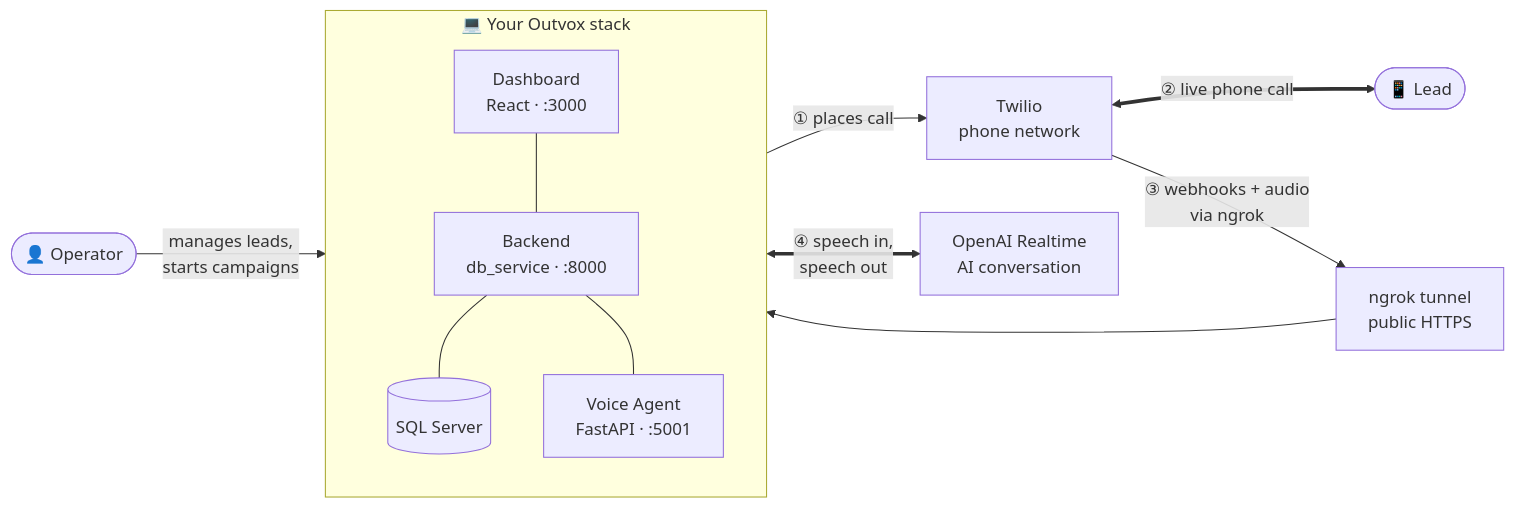
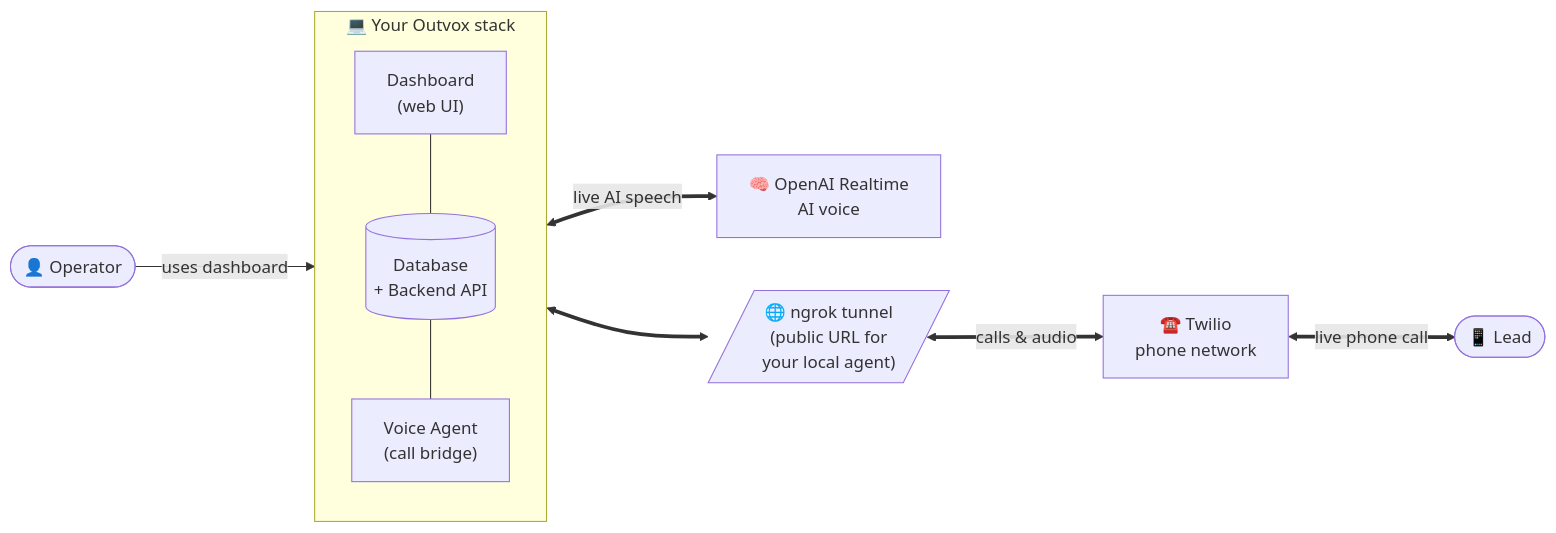
The diagram in README.md (bittoby/Outvox), drawn with Mermaid before and after one commit. The commit also changed other lines of this file, not shown here.

````diff
--- a/README.md
+++ b/README.md
@@ -76,27 +76,24 @@
 ```mermaid
 flowchart LR
     Operator(["👤 Operator"])
     Lead(["📱 Lead"])
 
     subgraph stack["💻 Your Outvox stack"]
         direction TB
-        FE["Dashboard<br/>React · :3000"]
-        DB["Backend<br/>db_service · :8000"]
-        Agent["Voice Agent<br/>FastAPI · :5001"]
-        SQL[("SQL Server")]
+        FE["Dashboard<br/>(web UI)"]
+        DB[("Database<br/>+ Backend API")]
+        Agent["Voice Agent<br/>(call bridge)"]
         FE --- DB
-        DB --- SQL
         DB --- Agent
     end
 
-    Twilio["Twilio<br/>phone network"]
-    OpenAI["OpenAI Realtime<br/>AI conversation"]
-    Ngrok["ngrok tunnel<br/>public HTTPS"]
+    Twilio["☎️ Twilio<br/>phone network"]
+    OpenAI["🧠 OpenAI Realtime<br/>AI voice"]
+    Ngrok[/"🌐 ngrok tunnel<br/>(public URL for<br/>your local agent)"/]
 
-    Operator -->|manages leads,<br/>starts campaigns| FE
-    Agent -->|① places call| Twilio
-    Twilio <==>|② live phone call| Lead
-    Twilio -->|③ webhooks + audio<br/>via ngrok| Ngrok
-    Ngrok --> Agent
-    Agent <==>|④ speech in,<br/>speech out| OpenAI
+    Operator -->|uses dashboard| FE
+    Agent <==> Ngrok
+    Ngrok <==>|calls &amp; audio| Twilio
+    Twilio <==>|live phone call| Lead
+    Agent <==>|live AI speech| OpenAI
 ```
````
